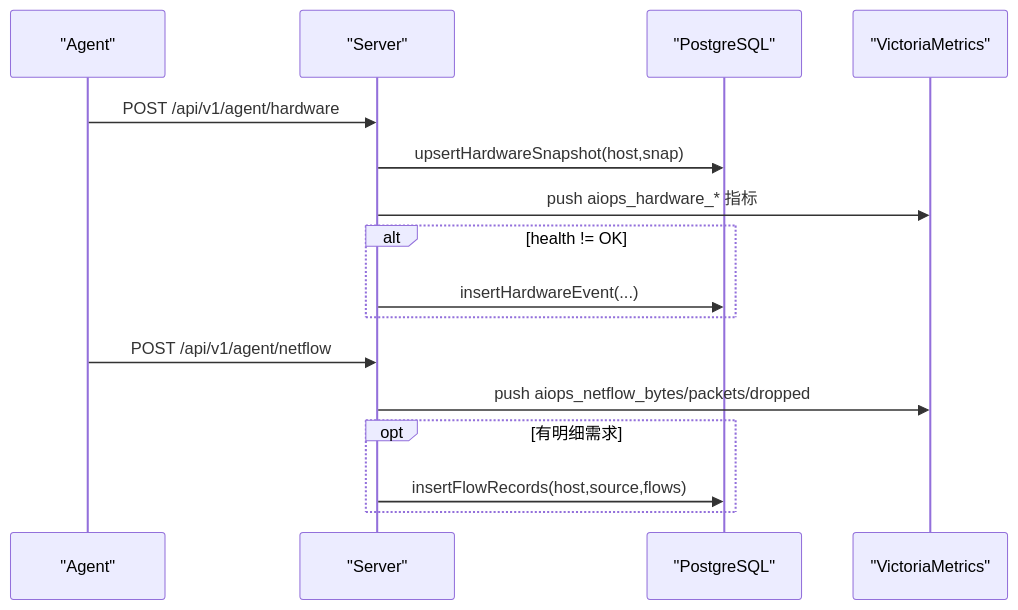
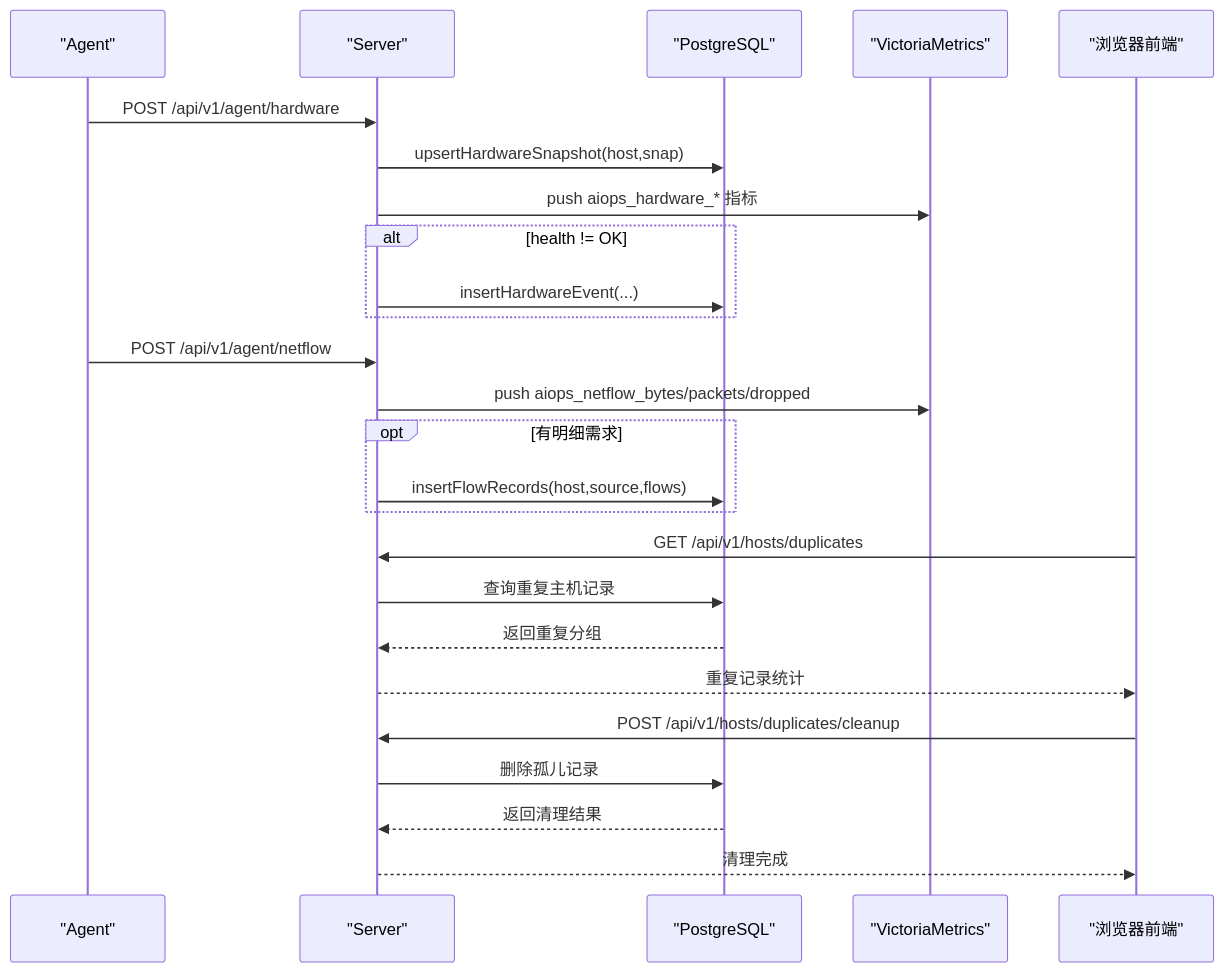
Before and after one commit to sreyun/aiops-monitor: the sixth of 11 diagrams in .qoder/repowiki/zh/content/核心功能/监控系统/硬件监控仪表板.md, drawn with Mermaid. The commit also changed other lines of this file and 41 other files, not shown here.

````diff
--- a/.qoder/repowiki/zh/content/核心功能/监控系统/硬件监控仪表板.md
+++ b/.qoder/repowiki/zh/content/核心功能/监控系统/硬件监控仪表板.md
@@ -366,18 +389,27 @@
 ```mermaid
 sequenceDiagram
 participant Agent as "Agent"
 participant S as "Server"
 participant PG as "PostgreSQL"
 participant VM as "VictoriaMetrics"
+participant UI as "浏览器前端"
 Agent->>S : POST /api/v1/agent/hardware
 S->>PG : upsertHardwareSnapshot(host,snap)
 S->>VM : push aiops_hardware_* 指标
 alt health != OK
 S->>PG : insertHardwareEvent(...)
 end
 Agent->>S : POST /api/v1/agent/netflow
 S->>VM : push aiops_netflow_bytes/packets/dropped
 opt 有明细需求
 S->>PG : insertFlowRecords(host,source,flows)
 end
+UI->>S : GET /api/v1/hosts/duplicates
+S->>PG : 查询重复主机记录
+PG-->>S : 返回重复分组
+S-->>UI : 重复记录统计
+UI->>S : POST /api/v1/hosts/duplicates/cleanup
+S->>PG : 删除孤儿记录
+PG-->>S : 返回清理结果
+S-->>UI : 清理完成
 ```
````
